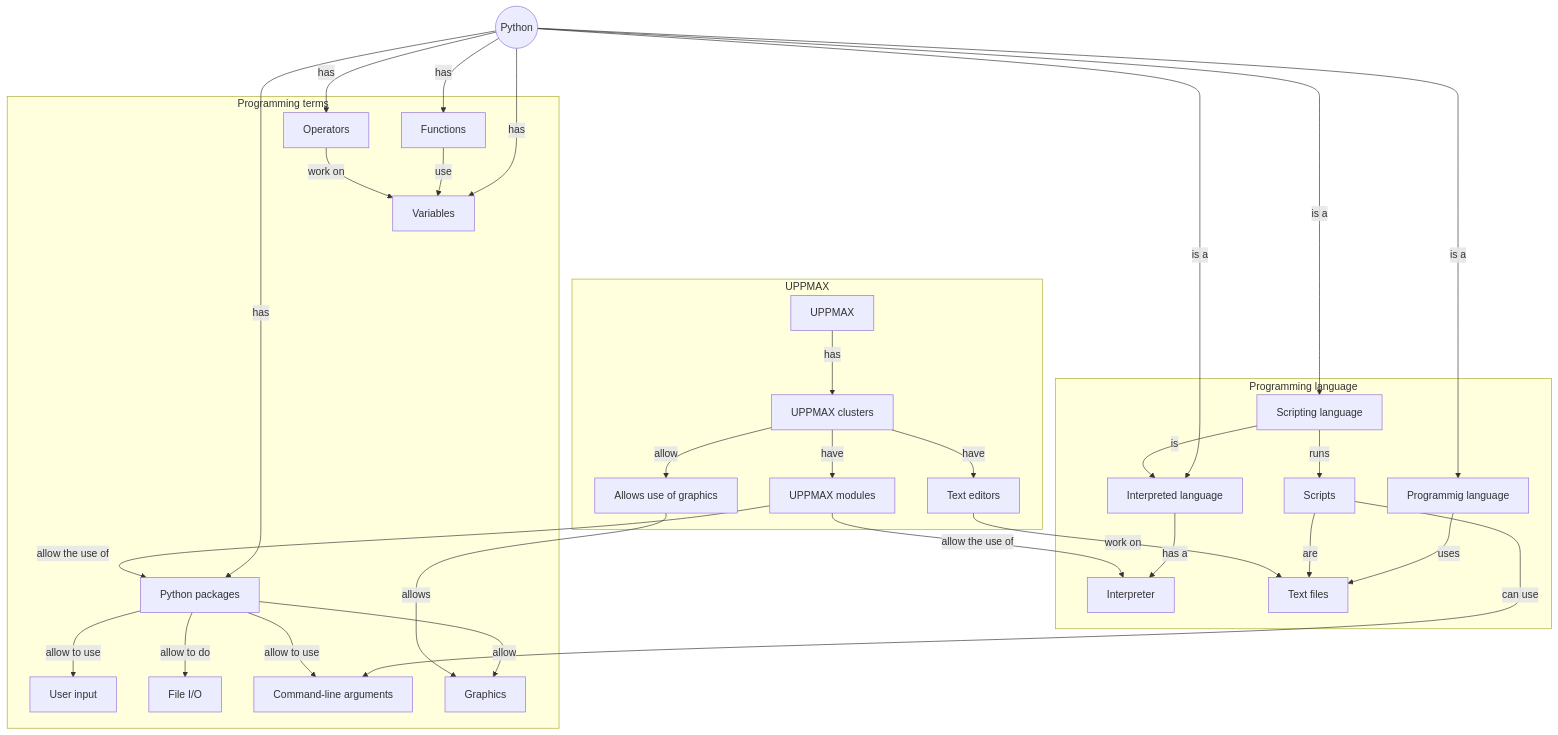
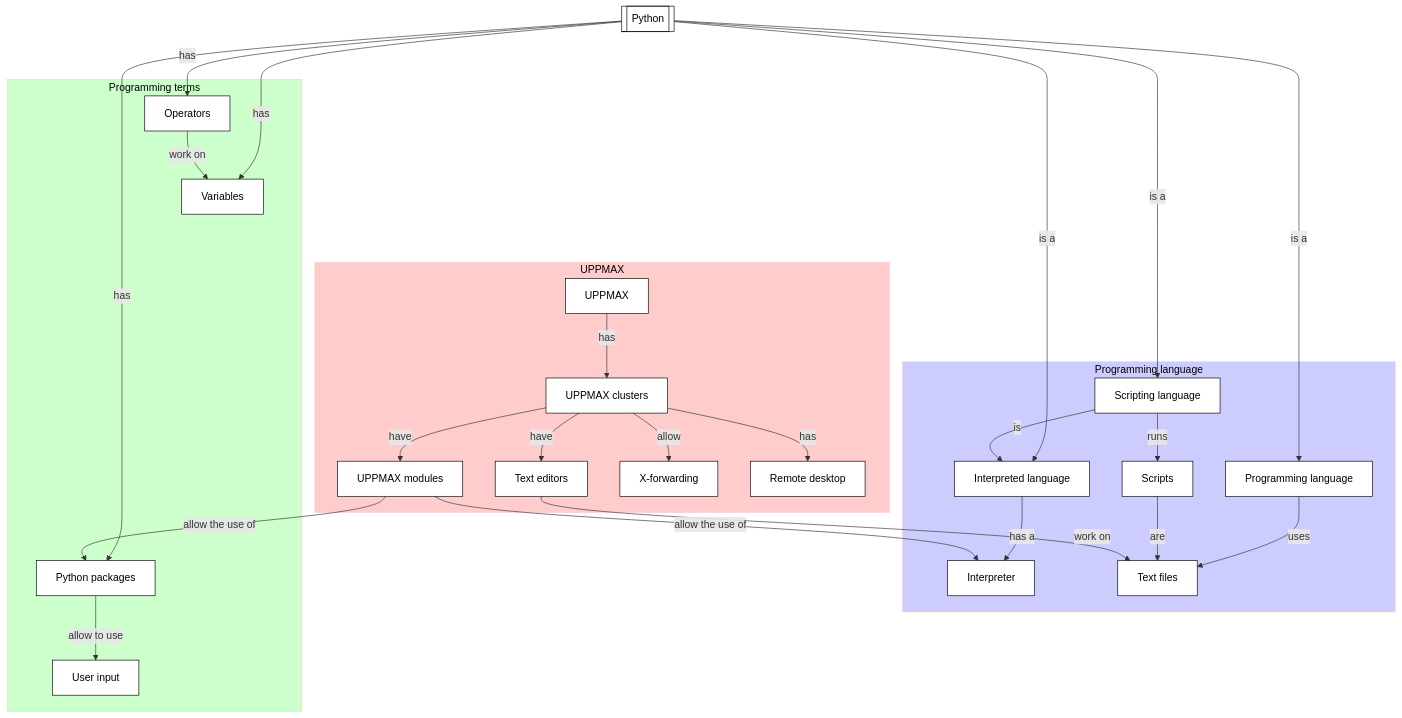
Before and after one commit to UPPMAX/uppmax_intro_python: the diagram in docs/morning_session/overview.md, drawn with Mermaid. The commit also changed 10 other files, not shown here.

````diff
--- a/docs/morning_session/overview.md
+++ b/docs/morning_session/overview.md
@@ -33,65 +33,76 @@
 ```mermaid
 flowchart TD
-    python((Python))
-    
+    python[[Python]]
+
+    %% Give a white background to all nodes, instead of a transparent one
+    classDef node fill:#fff,color:#000,stroke:#000
+
     subgraph sub_programming_language[Programming language]
       interpreted_language[Interpreted language]
-      programming_language[Programmig language]
+      programming_language[Programming language]
       scripting_language[Scripting language]
       interpreter[Interpreter]
       scripts[Scripts]
       text_files[Text files]
     end
+    style sub_programming_language fill:#ccf,color:#000,stroke:#fcc
+
     subgraph sub_programming_terms[Programming terms]
       user_input[User input]
-      file_io[File I/O]
-      command_line_arguments[Command-line arguments]
+      %% file_io[File I/O]
+      %% command_line_arguments[Command-line arguments]
       variables[Variables]
       operators[Operators]
-      functions[Functions]
+      %% functions[Functions]
       python_packages[Python packages]
-      graphics[Graphics]
+      %% graphics[Graphics]
     end 
+    style sub_programming_terms fill:#cfc,color:#000,stroke:#fcc
 
     subgraph sub_uppmax[UPPMAX]
       uppmax[UPPMAX]
       uppmax_modules[UPPMAX modules]
       uppmax_clusters[UPPMAX clusters]
       text_editors[Text editors]
-      use_of_graphics[Allows use of graphics]
+      x_forwarding[X-forwarding]
+      remote_desktop[Remote desktop]
     end
+    style sub_uppmax fill:#fcc,color:#000,stroke:#fcc
 
     python --> |is a| programming_language
     python --> |is a| interpreted_language
     python --> |is a| scripting_language
 
     programming_language --> |uses| text_files
     interpreted_language --> |has a| interpreter
     scripting_language --> |is|interpreted_language
     scripting_language --> |runs| scripts
     scripts --> |are| text_files
-    scripts --> |can use| command_line_arguments
+    %% scripts --> |can use| command_line_arguments
 
     python --> |has| python_packages
     python --> |has| variables
-    python --> |has| functions
+    %%python --> |has| functions
     python --> |has| operators
-    functions --> |use| variables
+    %%functions --> |use| variables
     operators --> |work on| variables
-    python_packages --> |allow| graphics
+    %%python_packages --> |allow| graphics
     python_packages --> |allow to use| user_input
-    python_packages --> |allow to do| file_io
-    python_packages --> |allow to use| command_line_arguments
+    %% python_packages --> |allow to do| file_io
+    %% python_packages --> |allow to use| command_line_arguments
 
     uppmax --> |has| uppmax_clusters
     uppmax_clusters --> |have| uppmax_modules
     uppmax_clusters --> |have| text_editors
-    uppmax_clusters --> |allow| use_of_graphics
+    uppmax_clusters --> |allow| x_forwarding
+    uppmax_clusters --> |has| remote_desktop
     uppmax_modules --> |allow the use of| python_packages
     uppmax_modules --> |allow the use of| interpreter
 
     text_editors --> |work on|text_files
-    use_of_graphics --> |allows|graphics
+    %%x_forwarding --> |allows|graphics
+    %%remote_desktop --> |allows|graphics
+    
 
     variables ~~~ uppmax
 ```
````
